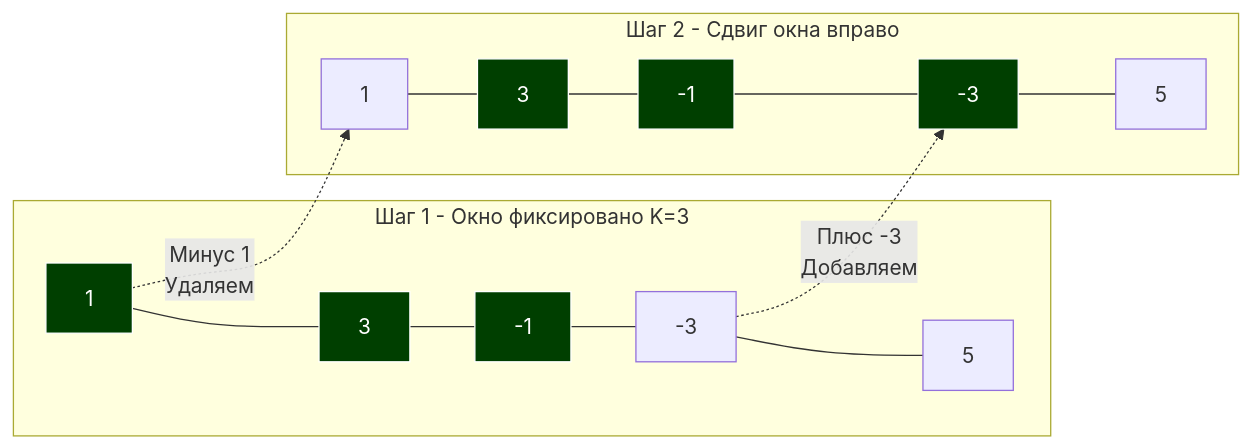
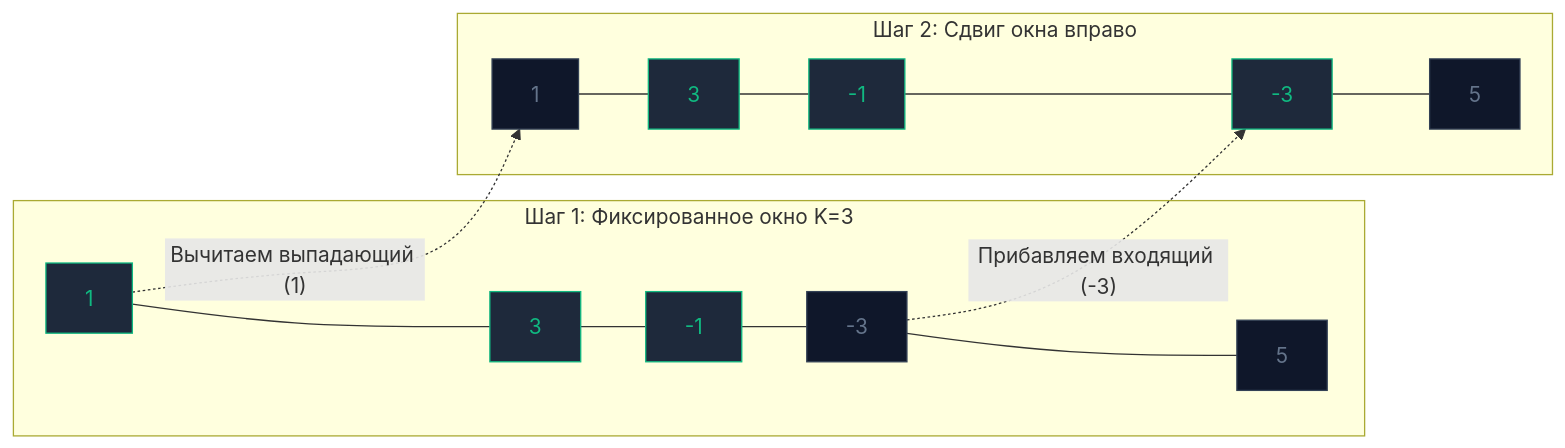
The diagram in sources/20. Алгоритмы и структуры данных (DSA) на Go/09. Поиск и базовые алгоритмы/5. Sliding window - скользящее окно.md (UnrealTemplier/go-textbook), drawn with Mermaid before and after one commit. The commit also changed other lines of this file, not shown here.

Commit message:
feat(module-20): editorial rewrite of 09.5 Sliding window in Kernighan style

````diff
--- a/sources/20. Алгоритмы и структуры данных (DSA) на Go/09. Поиск и базовые алгоритмы/5. Sliding window - скользящее окно.md
+++ b/sources/20. Алгоритмы и структуры данных (DSA) на Go/09. Поиск и базовые алгоритмы/5. Sliding window - скользящее окно.md
@@ -17,19 +24,20 @@
 ```mermaid
 flowchart LR
-    subgraph "Шаг 1 - Окно фиксировано K=3"
+    subgraph S1["Шаг 1: Фиксированное окно K=3"]
         A1["1"] --- A2["3"] --- A3["-1"] --- A4["-3"] --- A5["5"]
-        style A1 fill:#003f00,stroke:#fff,color:#fff
-        style A2 fill:#003f00,stroke:#fff,color:#fff
-        style A3 fill:#003f00,stroke:#fff,color:#fff
     end
     
-    subgraph "Шаг 2 - Сдвиг окна вправо"
+    subgraph S2["Шаг 2: Сдвиг окна вправо"]
         B1["1"] --- B2["3"] --- B3["-1"] --- B4["-3"] --- B5["5"]
-        style B2 fill:#003f00,stroke:#fff,color:#fff
-        style B3 fill:#003f00,stroke:#fff,color:#fff
-        style B4 fill:#003f00,stroke:#fff,color:#fff
     end
     
-    A1 -.->|"Минус 1<br>Удаляем"| B1
-    A4 -.->|"Плюс -3<br>Добавляем"| B4
+    A1 -.->|"Вычитаем выпадающий (1)"| B1
+    A4 -.->|"Прибавляем входящий (-3)"| B4
+
+    classDef default fill:#0f172a,stroke:#334155,color:#f8fafc
+    classDef window fill:#1e293b,stroke:#10b981,color:#10b981
+    classDef outside fill:#0f172a,stroke:#334155,color:#64748b
+
+    class A4,A5,B1,B5 outside
+    class A1,A2,A3,B2,B3,B4 window
 ```
````
